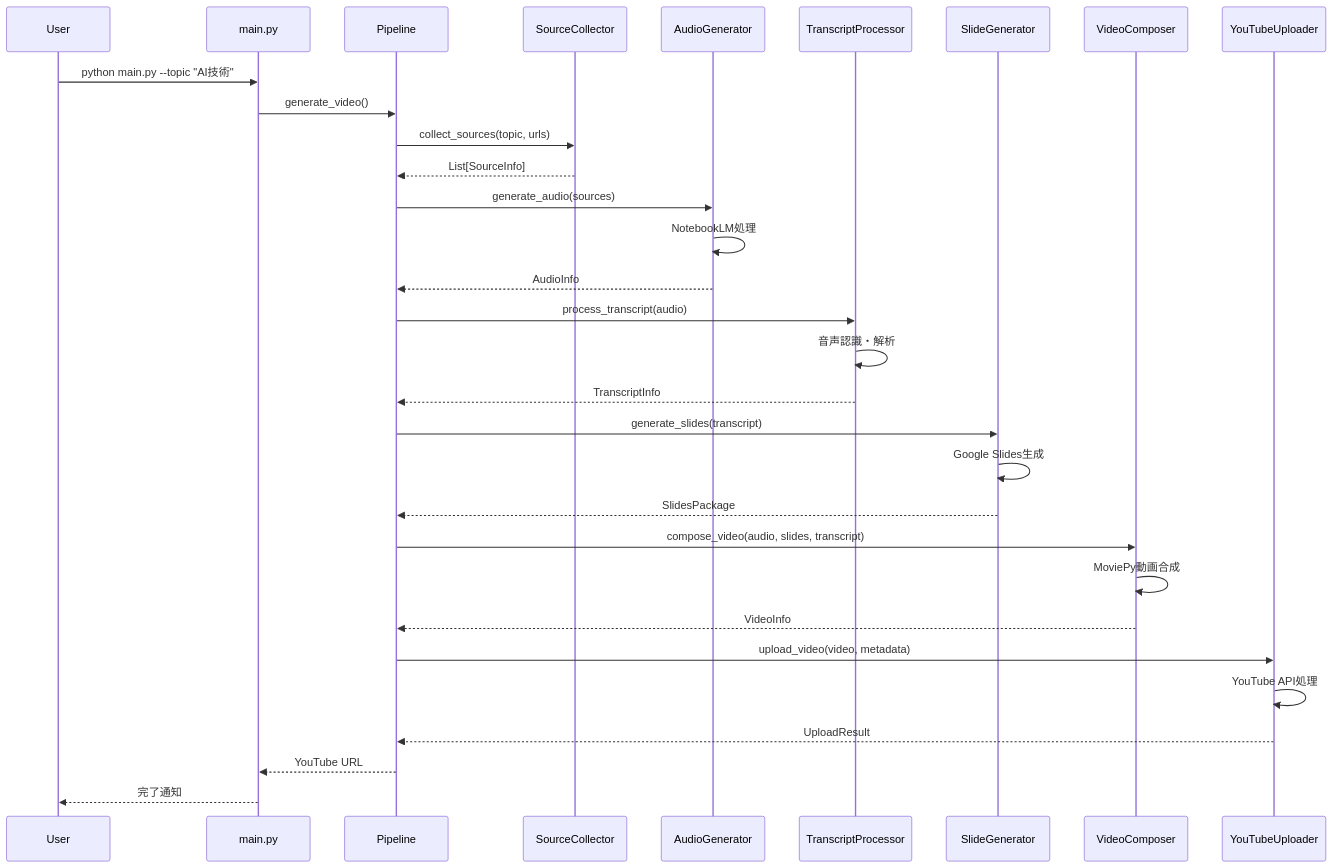
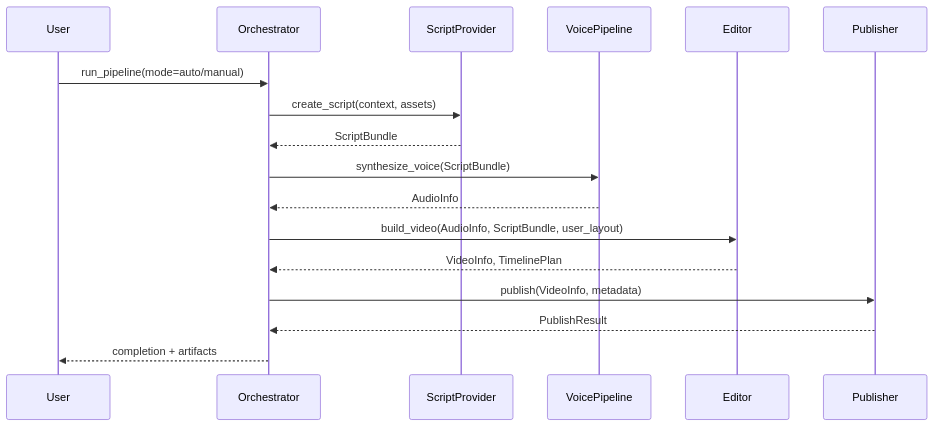
The third of 3 diagrams in docs/system_architecture.md (YuShimoji/NLMandSlideVideoGenerator), drawn with Mermaid before and after one commit. The commit also changed other lines of this file and 16 other files, not shown here.

````diff
--- a/docs/system_architecture.md
+++ b/docs/system_architecture.md
@@ -187,41 +137,20 @@
 ```mermaid
 sequenceDiagram
-    participant U as User
-    participant M as main.py
-    participant P as Pipeline
-    participant SC as SourceCollector
-    participant AG as AudioGenerator
-    participant TP as TranscriptProcessor
-    participant SG as SlideGenerator
-    participant VC as VideoComposer
-    participant YU as YouTubeUploader
-    
-    U->>M: python main.py --topic "AI技術"
-    M->>P: generate_video()
-    
-    P->>SC: collect_sources(topic, urls)
-    SC-->>P: List[SourceInfo]
-    
-    P->>AG: generate_audio(sources)
-    AG->>AG: NotebookLM処理
-    AG-->>P: AudioInfo
-    
-    P->>TP: process_transcript(audio)
-    TP->>TP: 音声認識・解析
-    TP-->>P: TranscriptInfo
-    
-    P->>SG: generate_slides(transcript)
-    SG->>SG: Google Slides生成
-    SG-->>P: SlidesPackage
-    
-    P->>VC: compose_video(audio, slides, transcript)
-    VC->>VC: MoviePy動画合成
-    VC-->>P: VideoInfo
-    
-    P->>YU: upload_video(video, metadata)
-    YU->>YU: YouTube API処理
-    YU-->>P: UploadResult
-    
-    P-->>M: YouTube URL
-    M-->>U: 完了通知
+    participant User
+    participant Orchestrator as Orchestrator
+    participant Script as ScriptProvider
+    participant Voice as VoicePipeline
+    participant Editor
+    participant Publisher
+
+    User->>Orchestrator: run_pipeline(mode=auto/manual)
+    Orchestrator->>Script: create_script(context, assets)
+    Script-->>Orchestrator: ScriptBundle
+    Orchestrator->>Voice: synthesize_voice(ScriptBundle)
+    Voice-->>Orchestrator: AudioInfo
+    Orchestrator->>Editor: build_video(AudioInfo, ScriptBundle, user_layout)
+    Editor-->>Orchestrator: VideoInfo, TimelinePlan
+    Orchestrator->>Publisher: publish(VideoInfo, metadata)
+    Publisher-->>Orchestrator: PublishResult
+    Orchestrator-->>User: completion + artifacts
 ```
````
